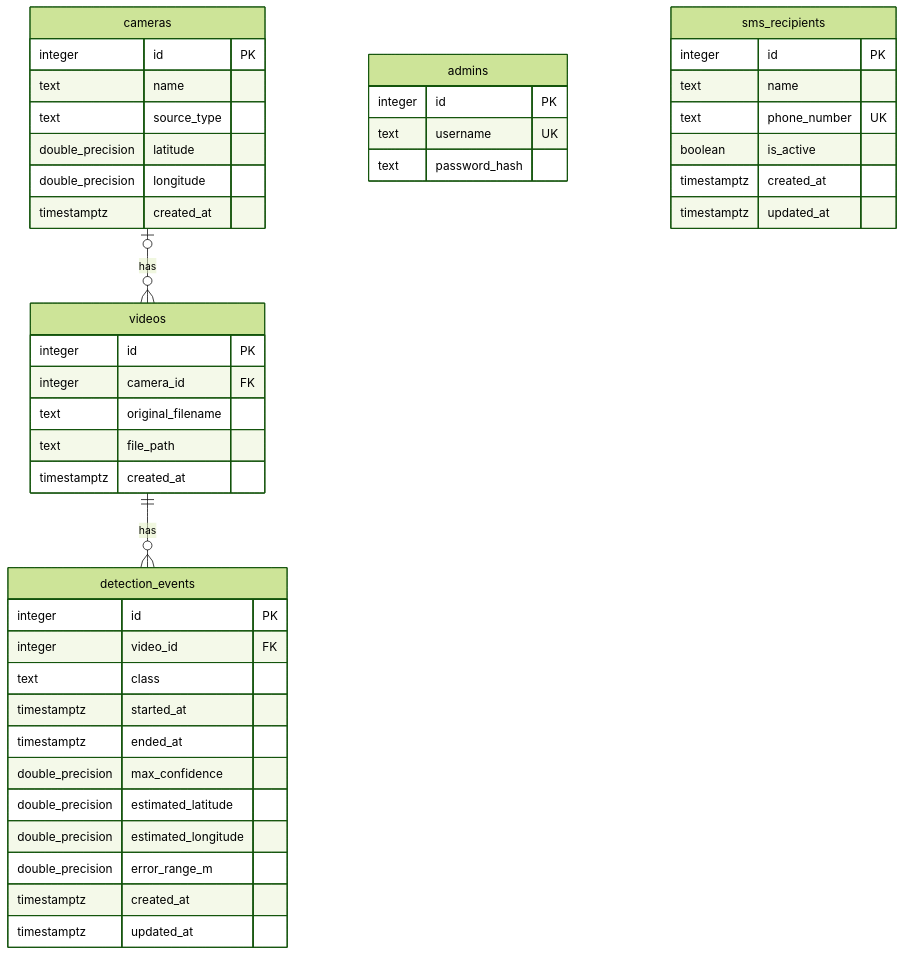
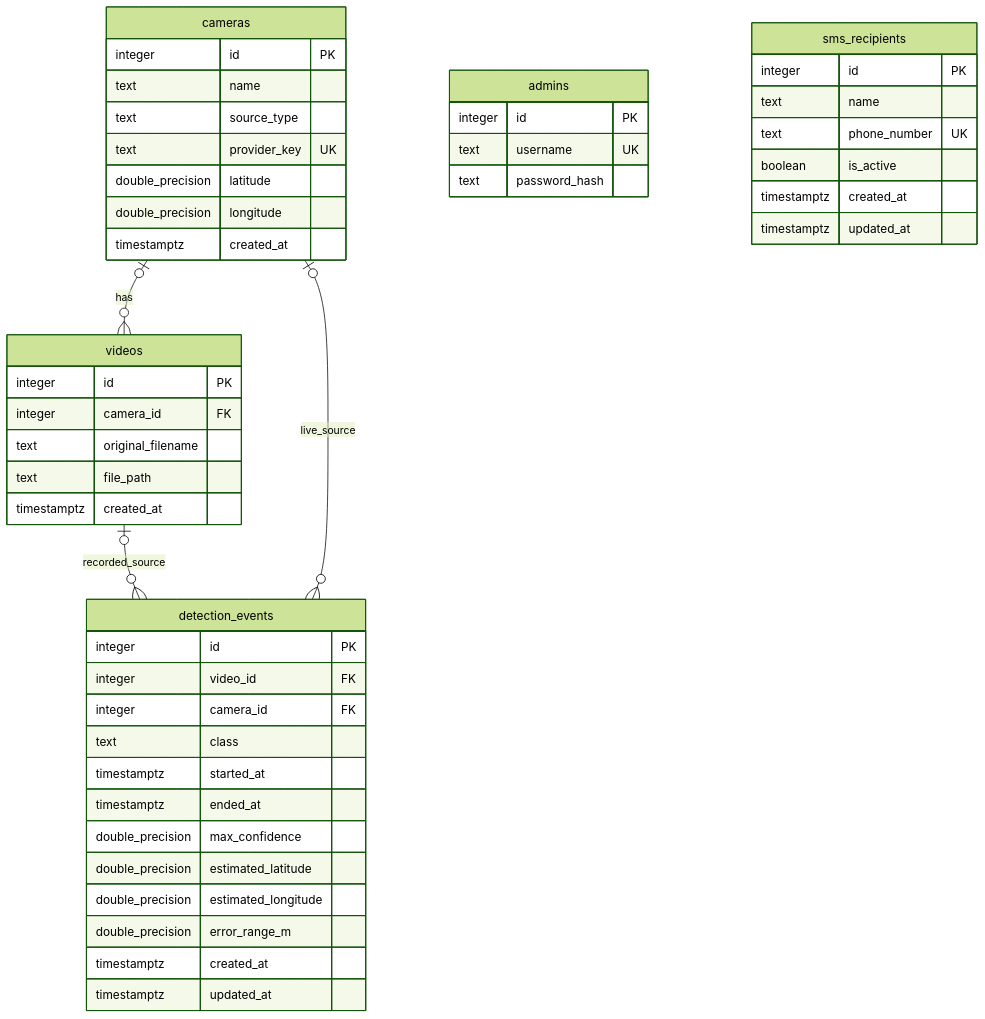
One commit to KNU-FireGuard/wildfire-detection-geolocation changed the diagram in docs/DATABASE.md. Above: the diagram before and after it, drawn with Mermaid (forest theme). The commit also changed other lines of this file and 37 other files, not shown here.

````diff
--- a/docs/DATABASE.md
+++ b/docs/DATABASE.md
@@ -9,47 +9,50 @@
 ```mermaid
 erDiagram
     cameras |o--o{ videos : has
-    videos ||--o{ detection_events : has
+    videos |o--o{ detection_events : recorded_source
+    cameras |o--o{ detection_events : live_source
 
     cameras {
         integer id PK
         text name
         text source_type
+        text provider_key UK
         double_precision latitude
         double_precision longitude
         timestamptz created_at
     }
     videos {
         integer id PK
         integer camera_id FK
         text original_filename
         text file_path
         timestamptz created_at
     }
     detection_events {
         integer id PK
         integer video_id FK
+        integer camera_id FK
         text class
         timestamptz started_at
         timestamptz ended_at
         double_precision max_confidence
         double_precision estimated_latitude
         double_precision estimated_longitude
         double_precision error_range_m
         timestamptz created_at
         timestamptz updated_at
     }
     admins {
         integer id PK
         text username UK
         text password_hash
     }
     sms_recipients {
         integer id PK
         text name
         text phone_number UK
         boolean is_active
         timestamptz created_at
         timestamptz updated_at
     }
 ```
````
